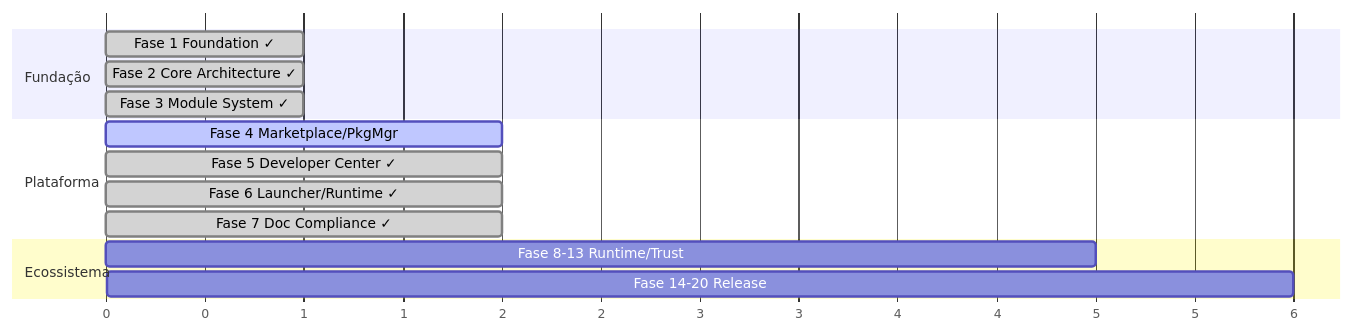
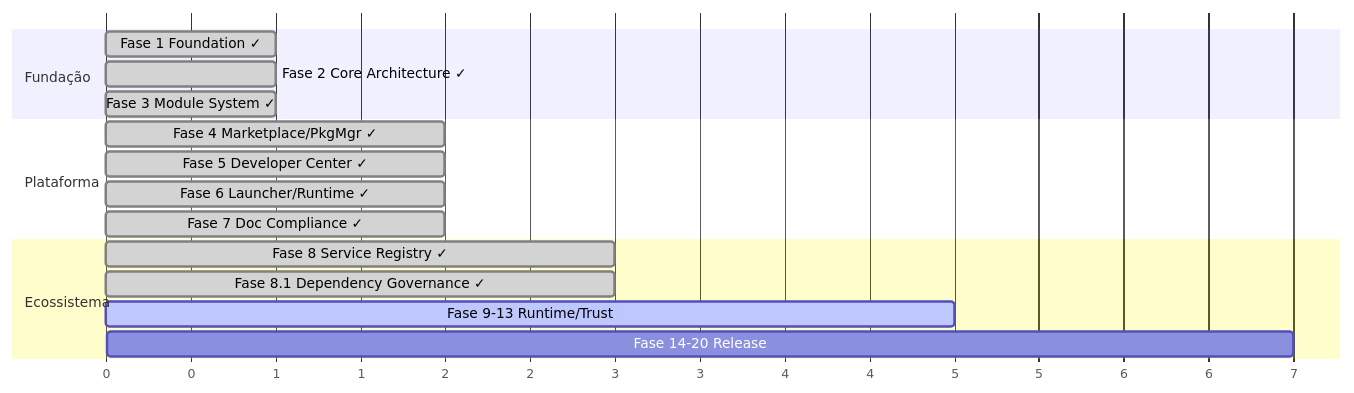
The third of 3 diagrams in README.md (julianscunha/Tech.Forge), drawn with Mermaid before and after one commit. The commit also changed other lines of this file, not shown here.

Commit message:
docs: README roadmap atualizado — Fases 1-8.1 fechadas, próximos marcos reais (9-11)

````diff
--- a/README.md
+++ b/README.md
@@ -293,17 +293,19 @@
 ```mermaid
 gantt
     dateFormat X
     axisFormat %s
     section Fundação
-    Fase 1 Foundation ✓        :done, 0, 1
-    Fase 2 Core Architecture ✓ :done, 0, 1
-    Fase 3 Module System ✓     :done, 0, 1
+    Fase 1 Foundation ✓         :done, 0, 1
+    Fase 2 Core Architecture ✓  :done, 0, 1
+    Fase 3 Module System ✓      :done, 0, 1
     section Plataforma
-    Fase 4 Marketplace/PkgMgr  :active, 1, 2
-    Fase 5 Developer Center ✓  :done, 1, 2
-    Fase 6 Launcher/Runtime ✓  :done, 1, 2
-    Fase 7 Doc Compliance ✓    :done, 1, 2
+    Fase 4 Marketplace/PkgMgr ✓ :done, 1, 2
+    Fase 5 Developer Center ✓   :done, 1, 2
+    Fase 6 Launcher/Runtime ✓   :done, 1, 2
+    Fase 7 Doc Compliance ✓     :done, 1, 2
     section Ecossistema
-    Fase 8-13 Runtime/Trust    :2, 5
-    Fase 14-20 Release         :4, 6
+    Fase 8 Service Registry ✓          :done, 2, 3
+    Fase 8.1 Dependency Governance ✓   :done, 2, 3
+    Fase 9-13 Runtime/Trust             :active, 3, 5
+    Fase 14-20 Release                  :5, 7
 ```
````
